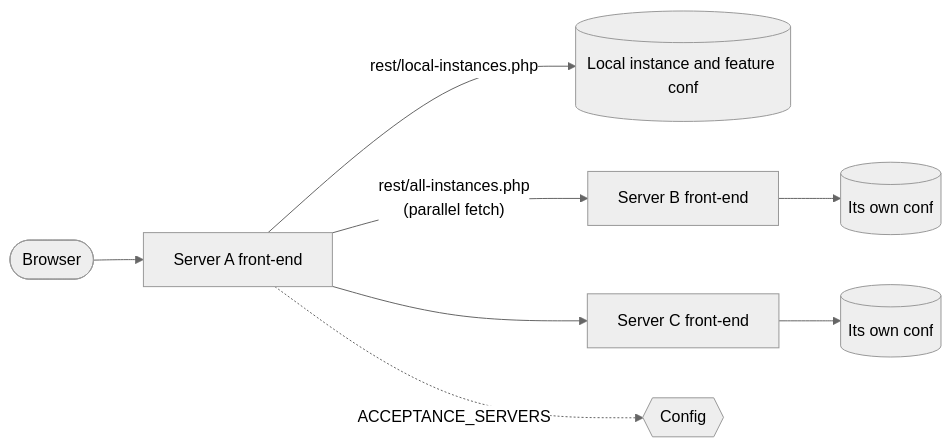
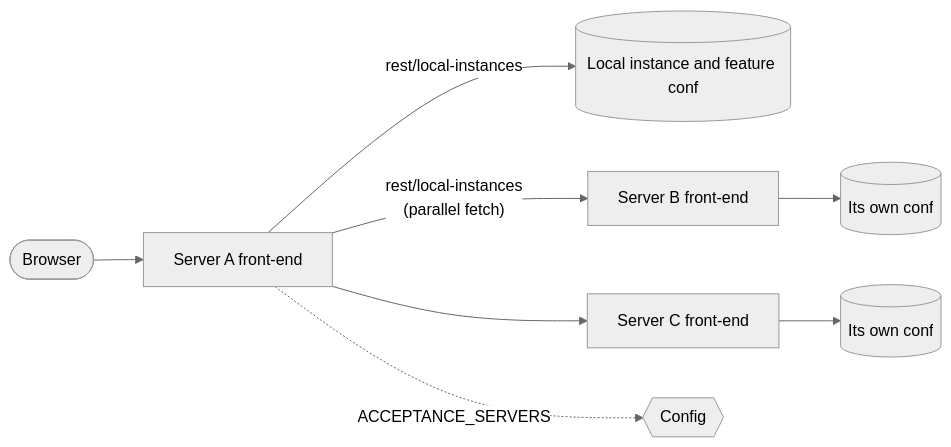
One commit to exoplatform/adt changed the fourth of 4 diagrams in README.md. Above: the diagram before and after it, drawn with Mermaid (neutral theme). The commit also changed other lines of this file, not shown here.

First line of the commit message:
docs: update the README for the Go-only front-end

````diff
--- a/README.md
+++ b/README.md
@@ -236,10 +243,10 @@
 ```mermaid
 flowchart LR
   browser([Browser]) --> A["Server A front-end"]
-  A -->|rest/local-instances.php| ca[(Local instance and feature conf)]
-  A -->|"rest/all-instances.php<br/>(parallel fetch)"| B["Server B front-end"]
+  A -->|rest/local-instances| ca[(Local instance and feature conf)]
+  A -->|"rest/local-instances<br/>(parallel fetch)"| B["Server B front-end"]
   A --> C["Server C front-end"]
   B --> cb[(Its own conf)]
   C --> cc[(Its own conf)]
   A -.->|"ACCEPTANCE_SERVERS"| cfg{{Config}}
 ```
````
